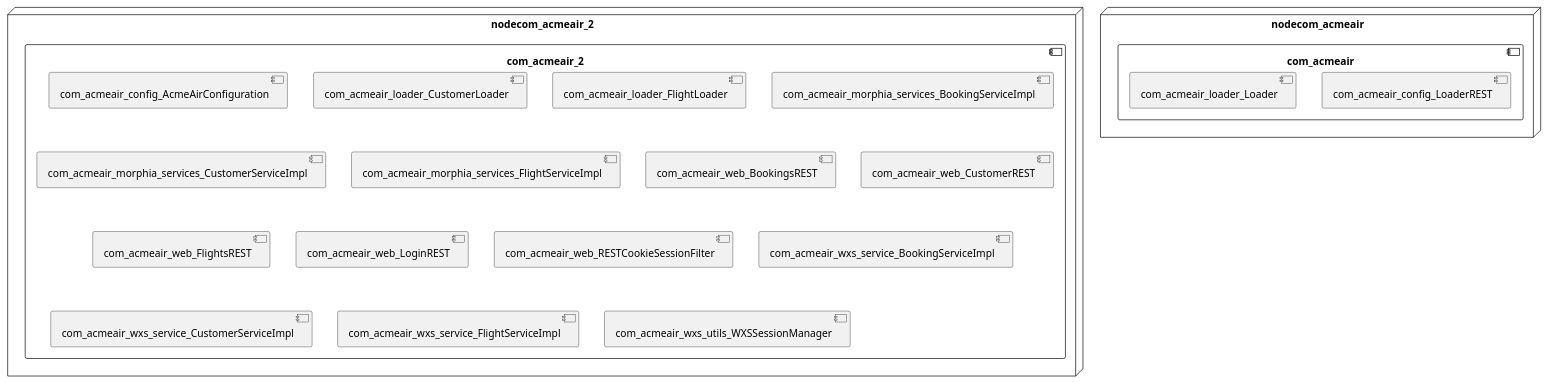
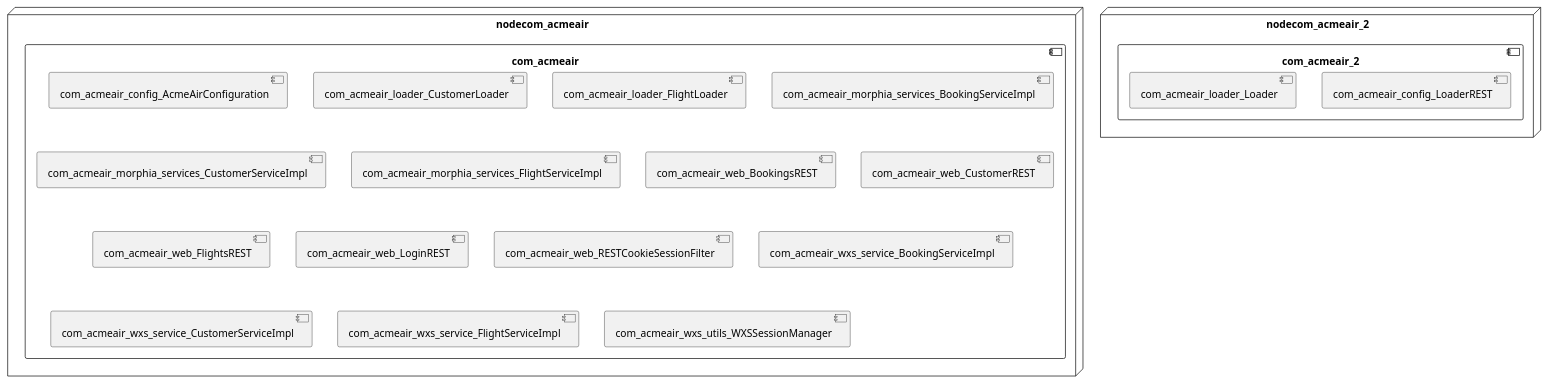
Before and after one commit to View-Based-Reverse-Engineering/Retriever-Benchmark: the diagram in acmeair-acmeair/model_re/uml/allocationDiagram.puml, drawn with PlantUML. The commit also changed 11 other files, not shown here.

```diff
--- a/acmeair-acmeair/model_re/uml/allocationDiagram.puml
+++ b/acmeair-acmeair/model_re/uml/allocationDiagram.puml
@@ -1,30 +1,30 @@
 @startuml
 skinparam fixCircleLabelOverlapping true
 skinparam componentStyle uml2
 node nodecom_acmeair {
 component com_acmeair {
-[com_acmeair_config_LoaderREST] [[acmeair-acmeair.system#_RSsuMOypEe65gM4ETOVzZw]]
-[com_acmeair_loader_Loader] [[acmeair-acmeair.system#_RSsuMOypEe65gM4ETOVzZw]]
+[com_acmeair_config_AcmeAirConfiguration] [[acmeair-acmeair.system#_7SZtcO1xEe6ZidU_7feXNw]]
+[com_acmeair_loader_CustomerLoader] [[acmeair-acmeair.system#_7SZtcO1xEe6ZidU_7feXNw]]
+[com_acmeair_loader_FlightLoader] [[acmeair-acmeair.system#_7SZtcO1xEe6ZidU_7feXNw]]
+[com_acmeair_morphia_services_BookingServiceImpl] [[acmeair-acmeair.system#_7SZtcO1xEe6ZidU_7feXNw]]
+[com_acmeair_morphia_services_CustomerServiceImpl] [[acmeair-acmeair.system#_7SZtcO1xEe6ZidU_7feXNw]]
+[com_acmeair_morphia_services_FlightServiceImpl] [[acmeair-acmeair.system#_7SZtcO1xEe6ZidU_7feXNw]]
+[com_acmeair_web_BookingsREST] [[acmeair-acmeair.system#_7SZtcO1xEe6ZidU_7feXNw]]
+[com_acmeair_web_CustomerREST] [[acmeair-acmeair.system#_7SZtcO1xEe6ZidU_7feXNw]]
+[com_acmeair_web_FlightsREST] [[acmeair-acmeair.system#_7SZtcO1xEe6ZidU_7feXNw]]
+[com_acmeair_web_LoginREST] [[acmeair-acmeair.system#_7SZtcO1xEe6ZidU_7feXNw]]
+[com_acmeair_web_RESTCookieSessionFilter] [[acmeair-acmeair.system#_7SZtcO1xEe6ZidU_7feXNw]]
+[com_acmeair_wxs_service_BookingServiceImpl] [[acmeair-acmeair.system#_7SZtcO1xEe6ZidU_7feXNw]]
+[com_acmeair_wxs_service_CustomerServiceImpl] [[acmeair-acmeair.system#_7SZtcO1xEe6ZidU_7feXNw]]
+[com_acmeair_wxs_service_FlightServiceImpl] [[acmeair-acmeair.system#_7SZtcO1xEe6ZidU_7feXNw]]
+[com_acmeair_wxs_utils_WXSSessionManager] [[acmeair-acmeair.system#_7SZtcO1xEe6ZidU_7feXNw]]
 }
 }
 node nodecom_acmeair_2 {
 component com_acmeair_2 {
-[com_acmeair_config_AcmeAirConfiguration] [[acmeair-acmeair.system#_RSsuMOypEe65gM4ETOVzZw]]
-[com_acmeair_loader_CustomerLoader] [[acmeair-acmeair.system#_RSsuMOypEe65gM4ETOVzZw]]
-[com_acmeair_loader_FlightLoader] [[acmeair-acmeair.system#_RSsuMOypEe65gM4ETOVzZw]]
-[com_acmeair_morphia_services_BookingServiceImpl] [[acmeair-acmeair.system#_RSsuMOypEe65gM4ETOVzZw]]
-[com_acmeair_morphia_services_CustomerServiceImpl] [[acmeair-acmeair.system#_RSsuMOypEe65gM4ETOVzZw]]
-[com_acmeair_morphia_services_FlightServiceImpl] [[acmeair-acmeair.system#_RSsuMOypEe65gM4ETOVzZw]]
-[com_acmeair_web_BookingsREST] [[acmeair-acmeair.system#_RSsuMOypEe65gM4ETOVzZw]]
-[com_acmeair_web_CustomerREST] [[acmeair-acmeair.system#_RSsuMOypEe65gM4ETOVzZw]]
-[com_acmeair_web_FlightsREST] [[acmeair-acmeair.system#_RSsuMOypEe65gM4ETOVzZw]]
-[com_acmeair_web_LoginREST] [[acmeair-acmeair.system#_RSsuMOypEe65gM4ETOVzZw]]
-[com_acmeair_web_RESTCookieSessionFilter] [[acmeair-acmeair.system#_RSsuMOypEe65gM4ETOVzZw]]
-[com_acmeair_wxs_service_BookingServiceImpl] [[acmeair-acmeair.system#_RSsuMOypEe65gM4ETOVzZw]]
-[com_acmeair_wxs_service_CustomerServiceImpl] [[acmeair-acmeair.system#_RSsuMOypEe65gM4ETOVzZw]]
-[com_acmeair_wxs_service_FlightServiceImpl] [[acmeair-acmeair.system#_RSsuMOypEe65gM4ETOVzZw]]
-[com_acmeair_wxs_utils_WXSSessionManager] [[acmeair-acmeair.system#_RSsuMOypEe65gM4ETOVzZw]]
+[com_acmeair_config_LoaderREST] [[acmeair-acmeair.system#_7SZtcO1xEe6ZidU_7feXNw]]
+[com_acmeair_loader_Loader] [[acmeair-acmeair.system#_7SZtcO1xEe6ZidU_7feXNw]]
 }
 }
 
 @enduml
```
